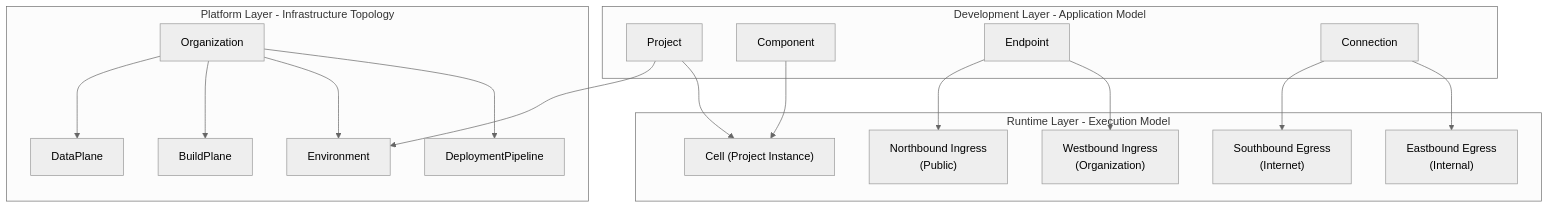
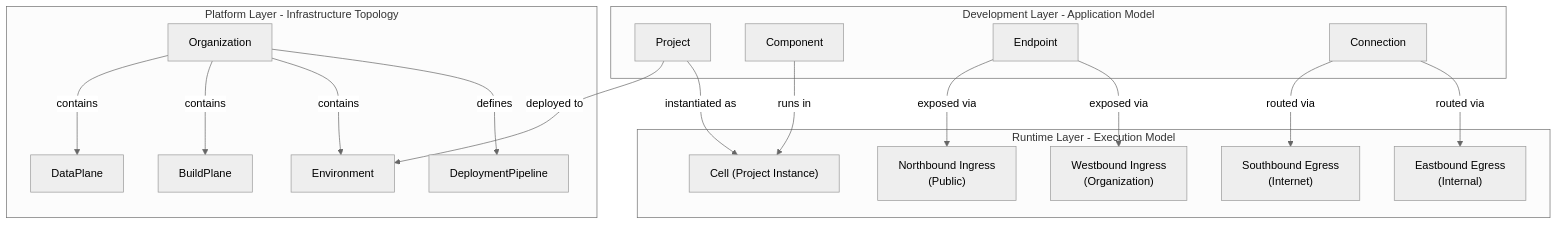
Before and after one commit to openchoreo/openchoreo: the first of 12 diagrams in docs/deepwiki/Platform-Abstractions.md, drawn with Mermaid (neutral theme). The commit also changed other lines of this file and 85 other files, not shown here.

Commit message:
feat: Add new workflow and specification templates, update Helm chart dependencies, and clarify documentation diagrams.

````diff
--- a/docs/deepwiki/Platform-Abstractions.md
+++ b/docs/deepwiki/Platform-Abstractions.md
@@ -33,53 +33,53 @@
 ```mermaid
 flowchart TD
 
 Org["Organization"]
 DP["DataPlane"]
 BP["BuildPlane"]
 Env["Environment"]
 DPipe["DeploymentPipeline"]
 Proj["Project"]
 Comp["Component"]
 EP["Endpoint"]
 Conn["Connection"]
 Cell["Cell (Project Instance)"]
 NorthIngress["Northbound Ingress<br>(Public)"]
 WestIngress["Westbound Ingress<br>(Organization)"]
 SouthEgress["Southbound Egress<br>(Internet)"]
 EastEgress["Eastbound Egress<br>(Internal)"]
 
-Proj --> Env
-Proj --> Cell
-Comp --> Cell
-EP --> NorthIngress
-EP --> WestIngress
-Conn --> SouthEgress
-Conn --> EastEgress
+Proj -->|"deployed to"| Env
+Proj -->|"instantiated as"| Cell
+Comp -->|"runs in"| Cell
+EP -->|"exposed via"| NorthIngress
+EP -->|"exposed via"| WestIngress
+Conn -->|"routed via"| SouthEgress
+Conn -->|"routed via"| EastEgress
 
 subgraph subGraph2 ["Runtime Layer - Execution Model"]
     Cell
     NorthIngress
     WestIngress
     SouthEgress
     EastEgress
 end
 
 subgraph subGraph1 ["Development Layer - Application Model"]
     Proj
     Comp
     EP
     Conn
 end
 
 subgraph subGraph0 ["Platform Layer - Infrastructure Topology"]
     Org
     DP
     BP
     Env
     DPipe
-    Org --> DP
-    Org --> BP
-    Org --> Env
-    Org --> DPipe
+    Org -->|"contains"| DP
+    Org -->|"contains"| BP
+    Org -->|"contains"| Env
+    Org -->|"defines"| DPipe
 end
 ```
````
